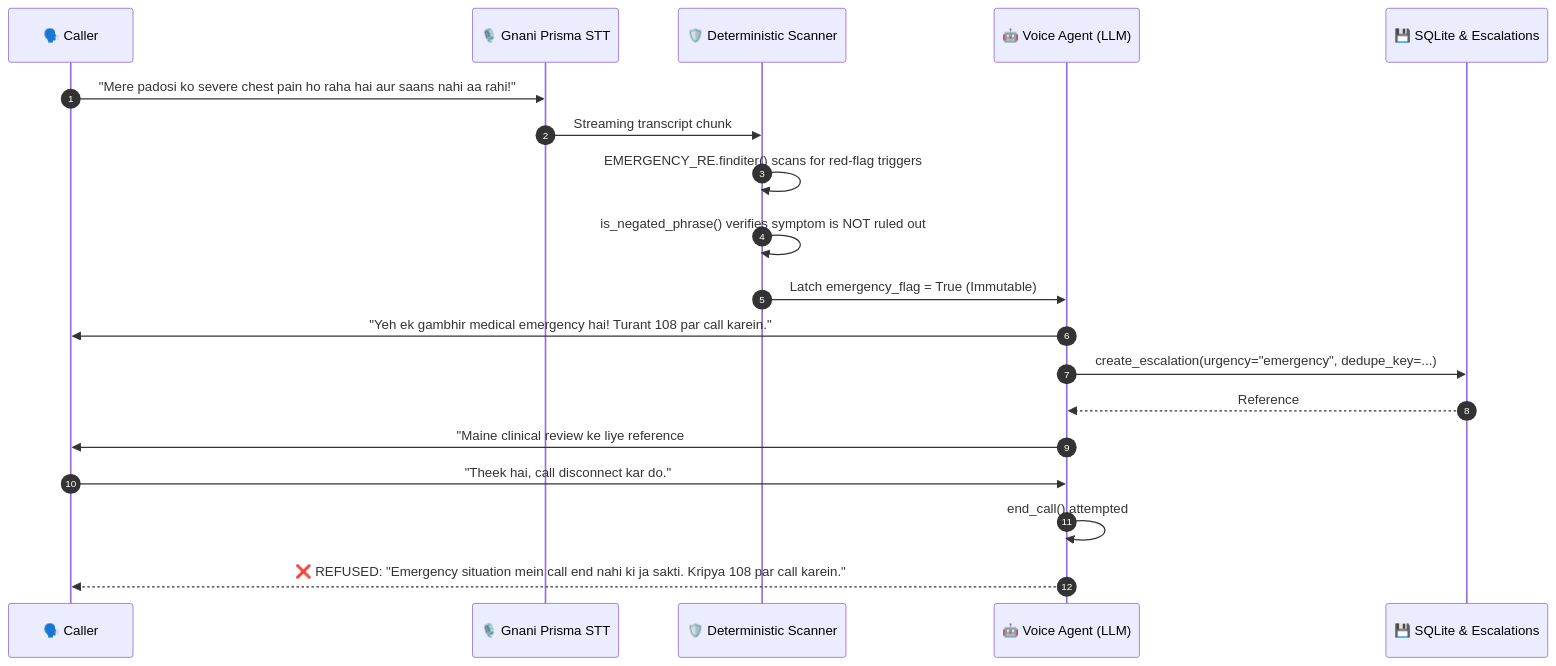
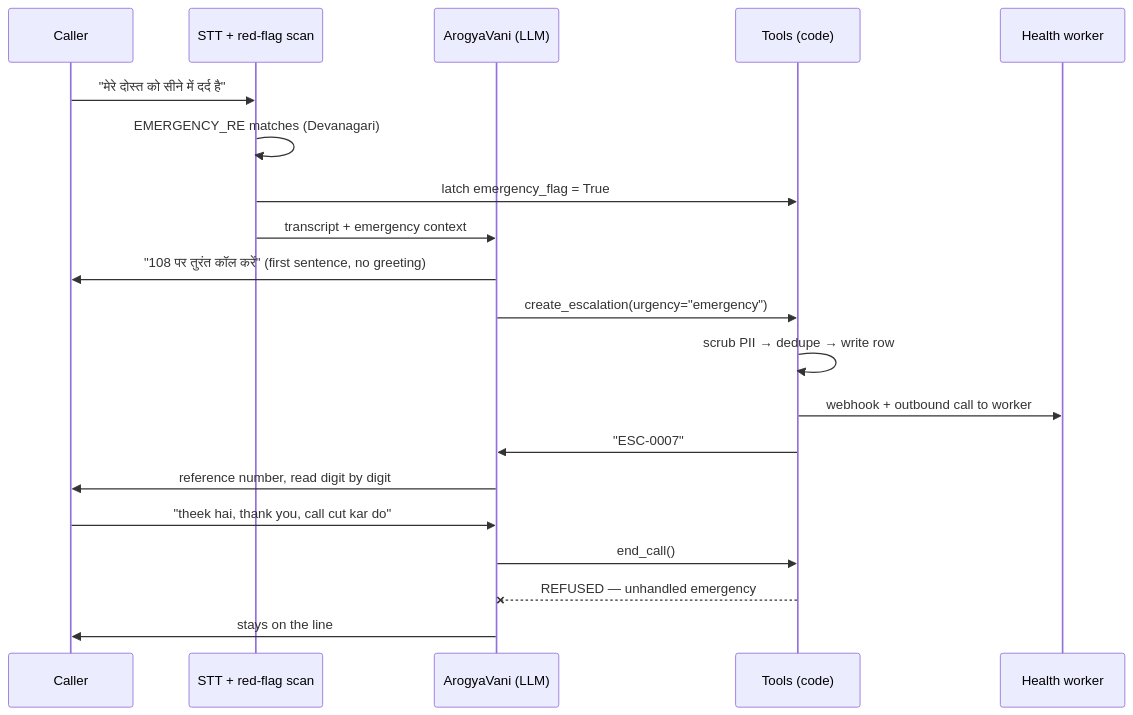
One commit to sakshitiwari2051-png/ArogyaVani changed the second of 2 diagrams in README.md. Above: the diagram before and after it, drawn with Mermaid. The commit also changed other lines of this file, not shown here.

Commit message:
docs: restructure README matching award-winning architecture with Gnani sovereign stack

````diff
--- a/README.md
+++ b/README.md
@@ -247,22 +148,23 @@
 ```mermaid
 sequenceDiagram
-    autonumber
-    participant Caller as 🗣️ Caller
-    participant Pipeline as 🎙️ Gnani Prisma STT
-    participant Guard as 🛡️ Deterministic Scanner
-    participant Agent as 🤖 Voice Agent (LLM)
-    participant DB as 💾 SQLite & Escalations
+    participant U as Caller
+    participant S as STT + red-flag scan
+    participant A as ArogyaVani (LLM)
+    participant T as Tools (code)
+    participant H as Health worker
 
-    Caller->>Pipeline: "Mere padosi ko severe chest pain ho raha hai aur saans nahi aa rahi!"
-    Pipeline->>Guard: Streaming transcript chunk
-    Guard->>Guard: EMERGENCY_RE.finditer() scans for red-flag triggers
-    Guard->>Guard: is_negated_phrase() verifies symptom is NOT ruled out
-    Guard->>Agent: Latch emergency_flag = True (Immutable)
-    Agent->>Caller: "Yeh ek gambhir medical emergency hai! Turant 108 par call karein."
-    Agent->>DB: create_escalation(urgency="emergency", dedupe_key=...)
-    DB-->>Agent: Reference #ESC-0042
-    Agent->>Caller: "Maine clinical review ke liye reference #ESC-0042 darj kiya hai. Kripya line par bane rahein."
-    Caller->>Agent: "Theek hai, call disconnect kar do."
-    Agent->>Agent: end_call() attempted
-    Agent-->>Caller: ❌ REFUSED: "Emergency situation mein call end nahi ki ja sakti. Kripya 108 par call karein."
+    U->>S: "मेरे दोस्त को सीने में दर्द है"
+    S->>S: EMERGENCY_RE matches (Devanagari)
+    S->>T: latch emergency_flag = True
+    S->>A: transcript + emergency context
+    A->>U: "108 पर तुरंत कॉल करें" (first sentence, no greeting)
+    A->>T: create_escalation(urgency="emergency")
+    T->>T: scrub PII → dedupe → write row
+    T->>H: webhook + outbound call to worker
+    T->>A: "ESC-0007"
+    A->>U: reference number, read digit by digit
+    U->>A: "theek hai, thank you, call cut kar do"
+    A->>T: end_call()
+    T--xA: REFUSED — unhandled emergency
+    A->>U: stays on the line
 ```
````
